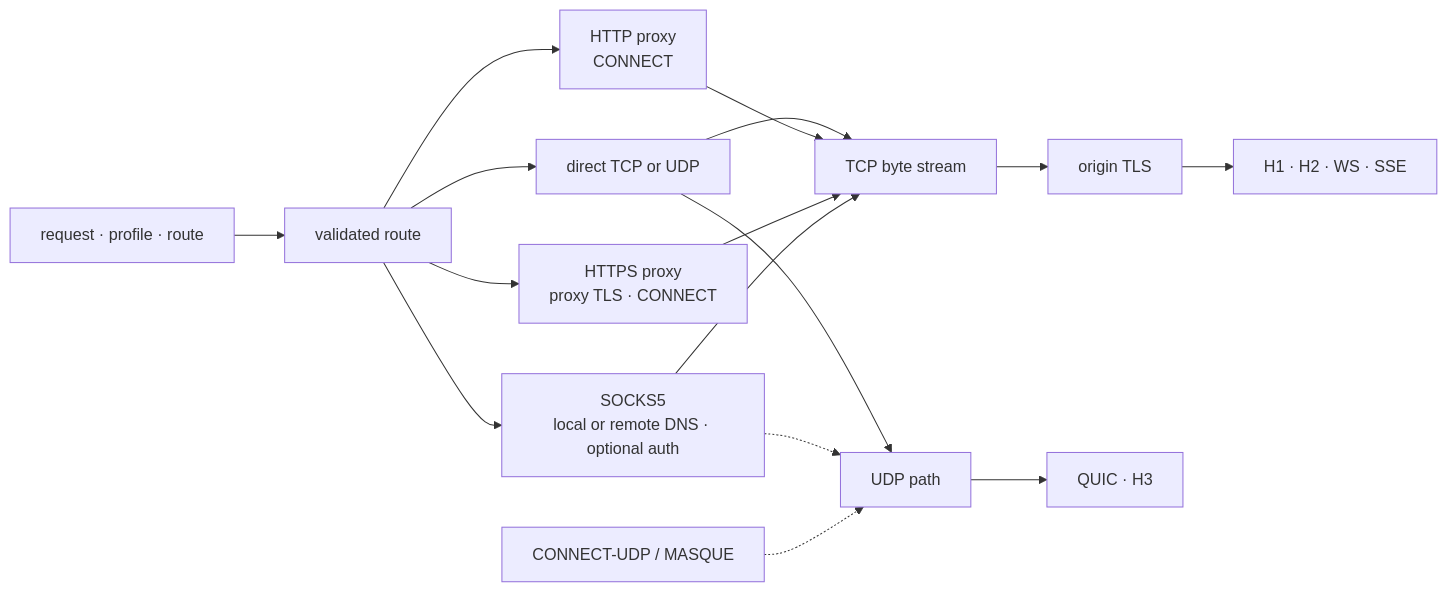
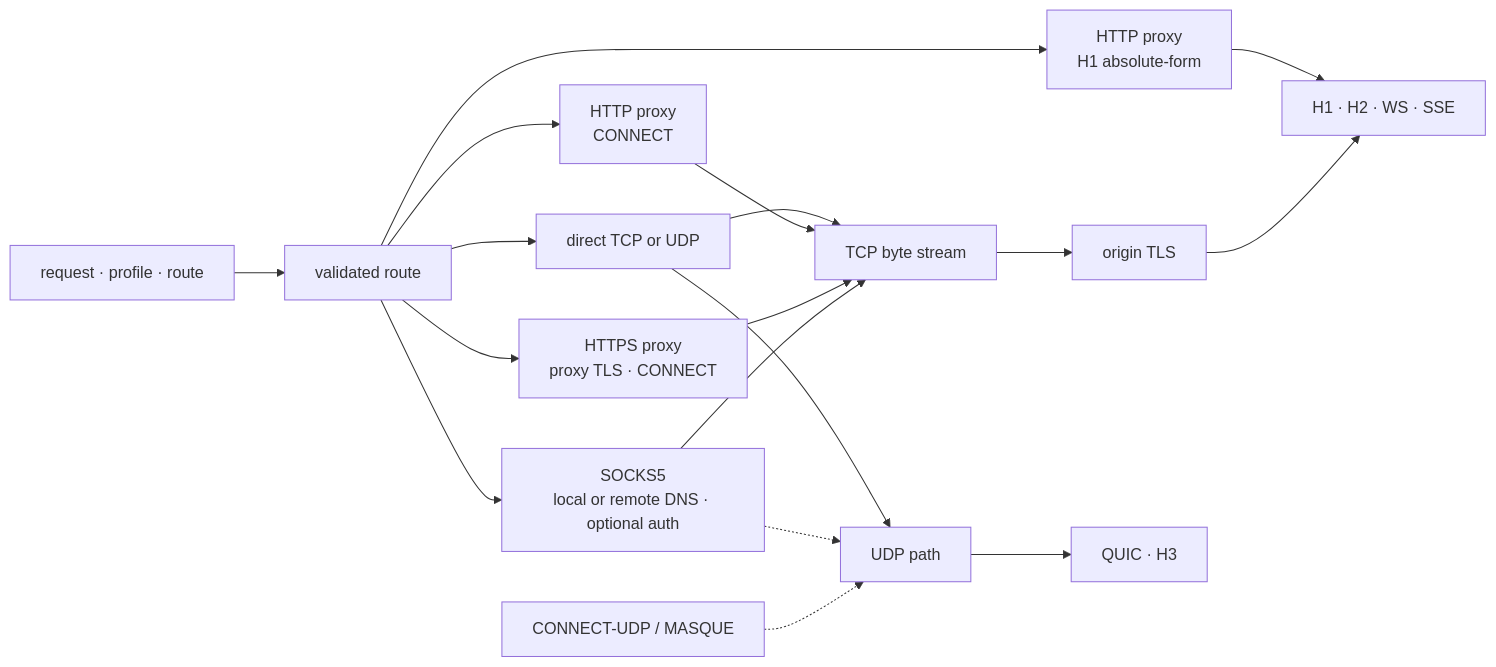
One commit to bywayhq/phantom changed the second of 4 diagrams in docs/architecture.md. Above: the diagram before and after it, drawn with Mermaid. The commit also changed other lines of this file and 28 other files, not shown here.

Commit message:
feat(proxy): add HTTP/1 forwarding

````diff
--- a/docs/architecture.md
+++ b/docs/architecture.md
@@ -106,18 +106,20 @@
 ```mermaid
 flowchart LR
     Input["request · profile · route"] --> Route["validated route"]
     Route --> Direct["direct TCP or UDP"]
+    Route --> Forward["HTTP proxy<br/>H1 absolute-form"]
     Route --> Http["HTTP proxy<br/>CONNECT"]
     Route --> Https["HTTPS proxy<br/>proxy TLS · CONNECT"]
     Route --> Socks["SOCKS5<br/>local or remote DNS · optional auth"]
     Direct --> Tcp["TCP byte stream"]
+    Forward --> H1H2
     Http --> Tcp
     Https --> Tcp
     Socks --> Tcp
     Direct --> Udp["UDP path"]
     Socks -.-> Udp
     Tcp --> OriginTls["origin TLS"]
     OriginTls --> H1H2["H1 · H2 · WS · SSE"]
     Udp --> Quic["QUIC · H3"]
     Masque["CONNECT-UDP / MASQUE"] -.-> Udp
 ```
````
